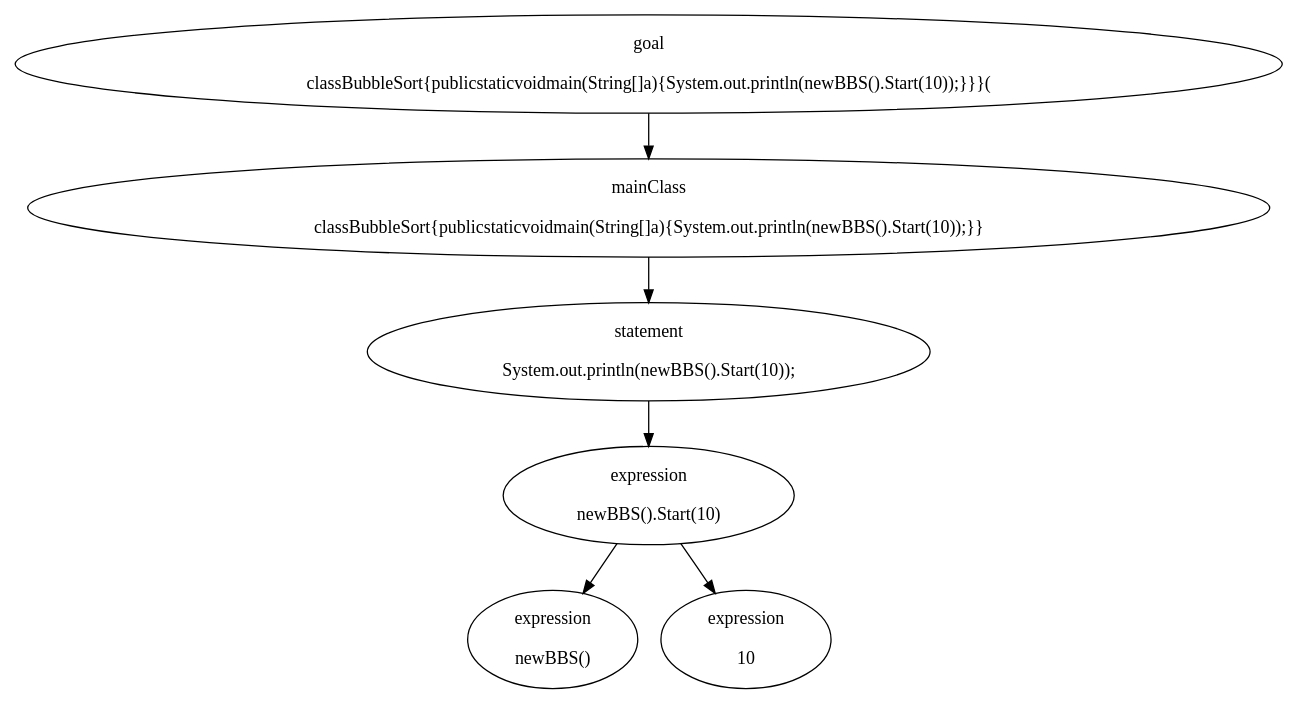
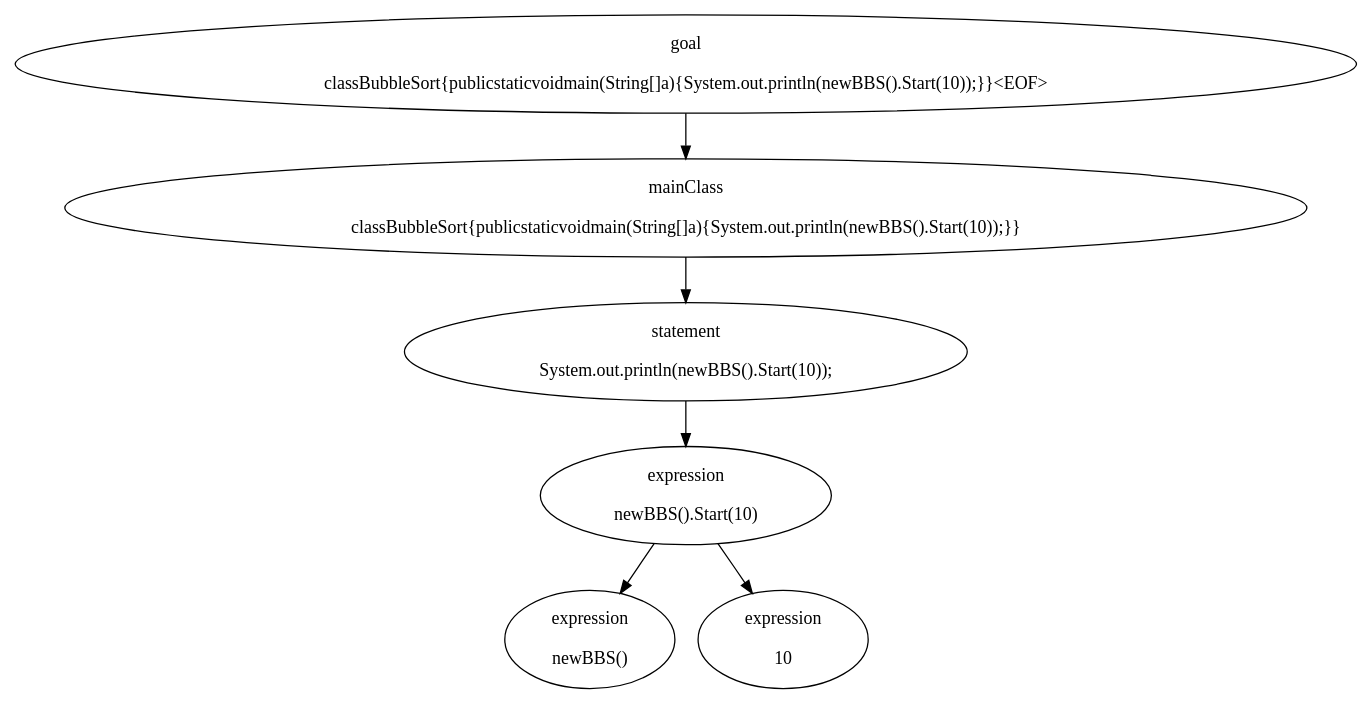
Before and after one commit to yixuan-wei/compileWW: the diagram in src/draw/test.dot, drawn with Graphviz. The commit also changed 5 other files, not shown here.

```diff
--- a/src/draw/test.dot
+++ b/src/draw/test.dot
@@ -1,25 +1,25 @@
 digraph AST{
 00[label="goal
-\n classBubbleSort{publicstaticvoidmain(String[]a){System.out.println(newBBS().Start(10));}}}(
+\n classBubbleSort{publicstaticvoidmain(String[]a){System.out.println(newBBS().Start(10));}}<EOF>
 "]
 11[label="mainClass
 \n classBubbleSort{publicstaticvoidmain(String[]a){System.out.println(newBBS().Start(10));}}
 "]
 22[label="statement
 \n System.out.println(newBBS().Start(10));
 "]
 33[label="expression
 \n newBBS().Start(10)
 "]
 44[label="expression
 \n newBBS()
 "]
 45[label="expression
 \n 10
 "]
 00->11
 11->22
 22->33
 33->44
 33->45
 }
```
